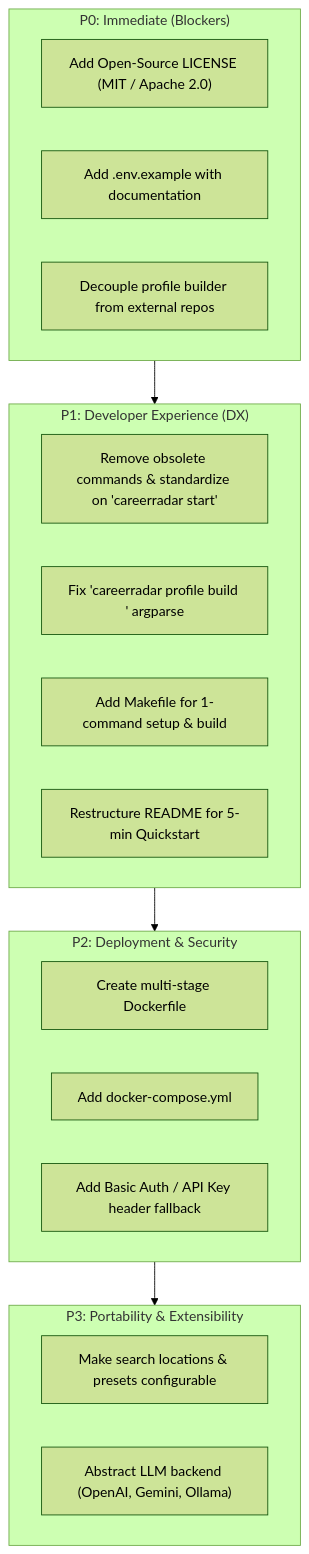
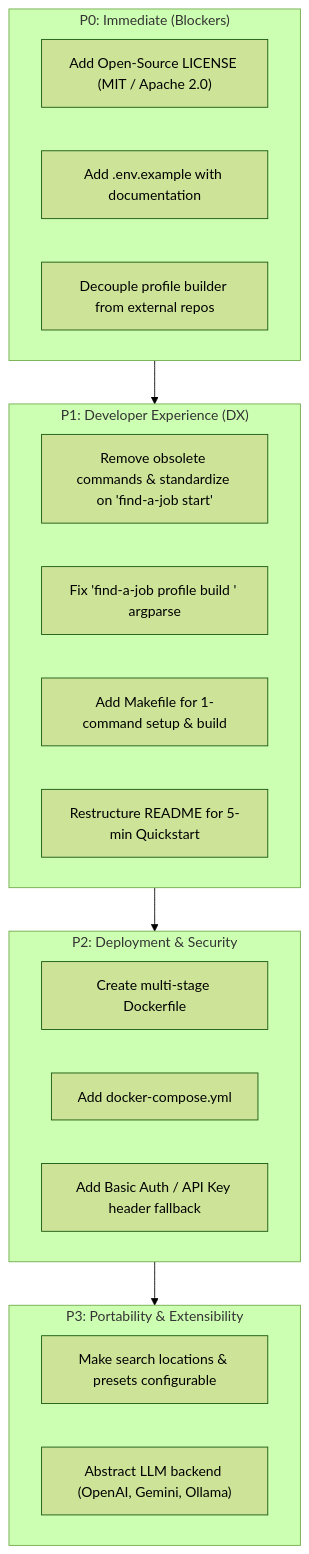
Before and after one commit to anttihil/findajob: the diagram in docs/github_readiness_roadmap.md, drawn with Mermaid (forest theme). The commit also changed other lines of this file and 42 other files, not shown here.

Commit message:
rename to "find a job"

````diff
--- a/docs/github_readiness_roadmap.md
+++ b/docs/github_readiness_roadmap.md
@@ -25,30 +25,30 @@
 ```mermaid
 flowchart TD
     P0["P0: Legal & First-Run Onboarding"] --> P1["P1: CLI, Build & Documentation Sync"]
     P1 --> P2["P2: Docker & Flexible Auth"]
     P2 --> P3["P3: Localization & Multi-LLM Support"]
 
     subgraph P0["P0: Immediate (Blockers)"]
         A1["Add Open-Source LICENSE (MIT / Apache 2.0)"]
         A2["Add .env.example with documentation"]
         A3["Decouple profile builder from external repos"]
     end
 
     subgraph P1["P1: Developer Experience (DX)"]
-        B1["Remove obsolete commands & standardize on 'careerradar start'"]
-        B2["Fix 'careerradar profile build <file>' argparse"]
+        B1["Remove obsolete commands & standardize on 'find-a-job start'"]
+        B2["Fix 'find-a-job profile build <file>' argparse"]
         B3["Add Makefile for 1-command setup & build"]
         B4["Restructure README for 5-min Quickstart"]
     end
 
     subgraph P2["P2: Deployment & Security"]
         C1["Create multi-stage Dockerfile"]
         C2["Add docker-compose.yml"]
         C3["Add Basic Auth / API Key header fallback"]
     end
 
     subgraph P3["P3: Portability & Extensibility"]
         D1["Make search locations & presets configurable"]
         D2["Abstract LLM backend (OpenAI, Gemini, Ollama)"]
     end
 ```
````
